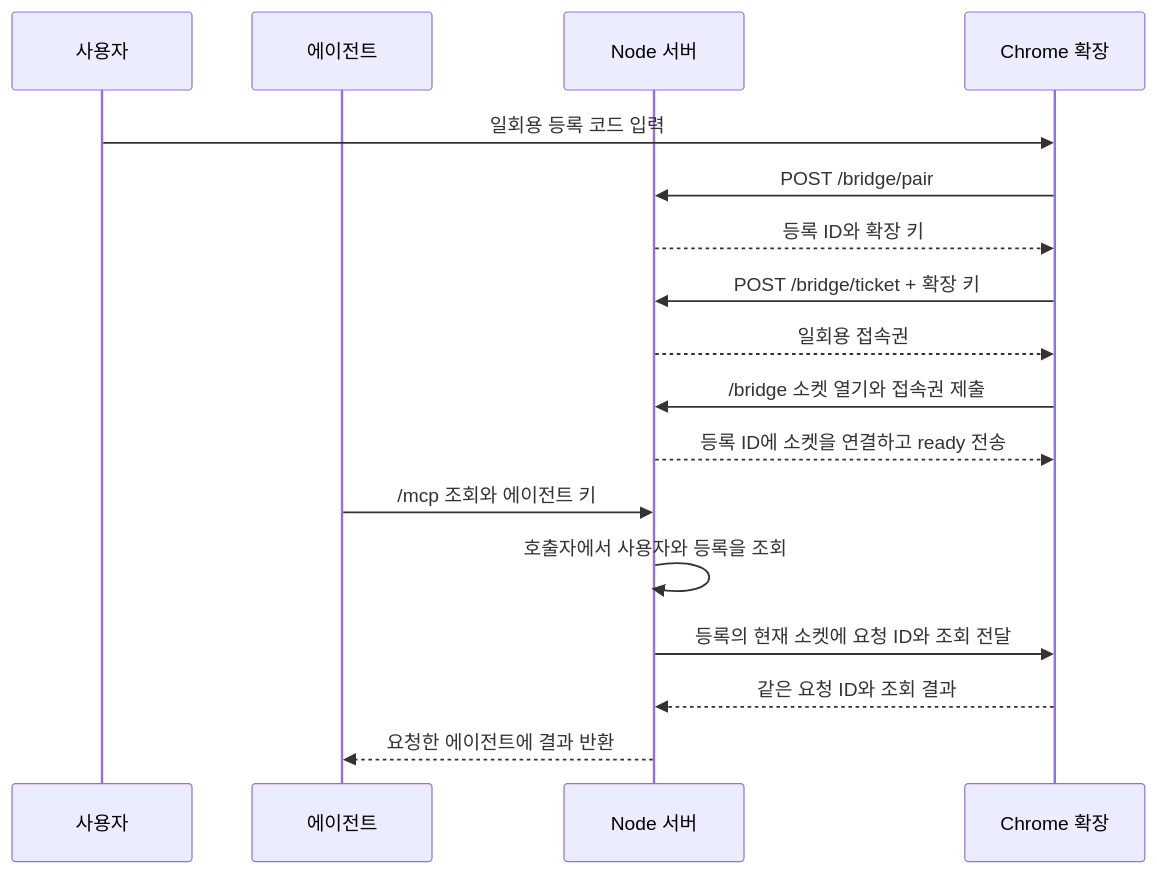
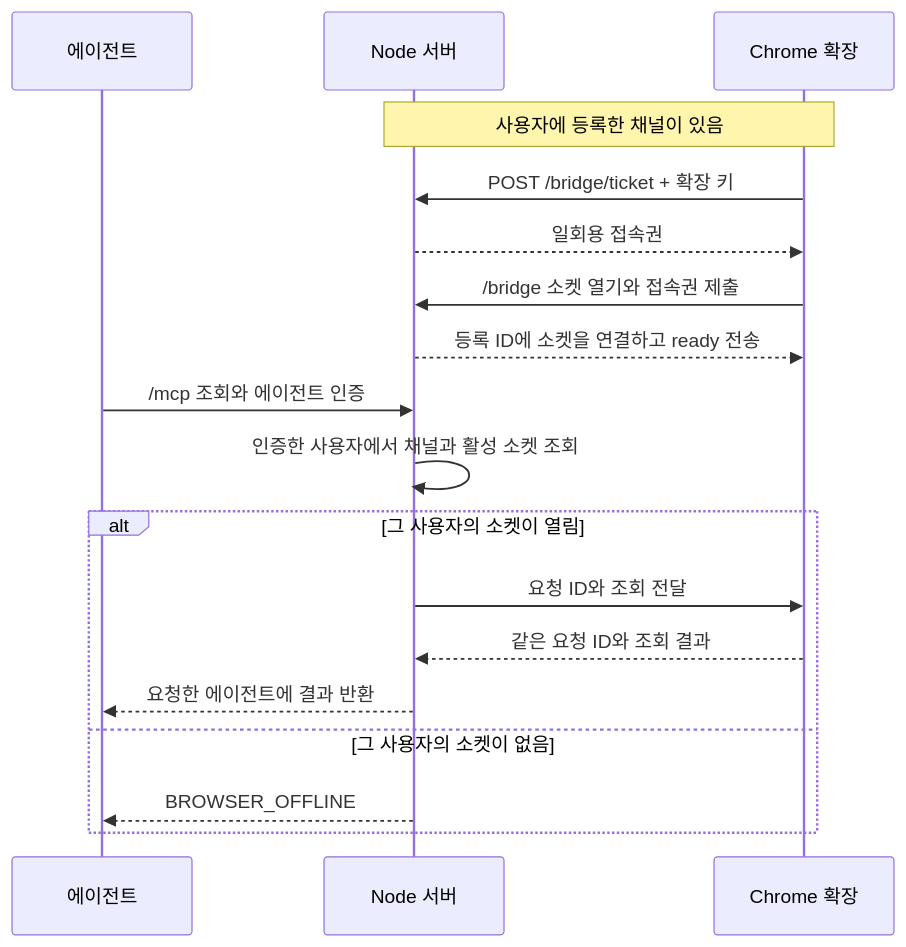
One commit to freevue/flex-mcp changed the diagram in docs/features/shared-connection-flow.md. Above: the diagram before and after it, drawn with Mermaid. The commit also changed other lines of this file and 129 other files, not shown here.

````diff
--- a/docs/features/shared-connection-flow.md
+++ b/docs/features/shared-connection-flow.md
@@ -7,19 +15,20 @@
 ```mermaid
 sequenceDiagram
-    participant Owner as 사용자
     participant Agent as 에이전트
     participant Server as Node 서버
     participant Extension as Chrome 확장
-    Owner->>Extension: 일회용 등록 코드 입력
-    Extension->>Server: POST /bridge/pair
-    Server-->>Extension: 등록 ID와 확장 키
+    Note over Server,Extension: 사용자에 등록한 채널이 있음
     Extension->>Server: POST /bridge/ticket + 확장 키
     Server-->>Extension: 일회용 접속권
     Extension->>Server: /bridge 소켓 열기와 접속권 제출
     Server-->>Extension: 등록 ID에 소켓을 연결하고 ready 전송
-    Agent->>Server: /mcp 조회와 에이전트 키
-    Server->>Server: 호출자에서 사용자와 등록을 조회
-    Server->>Extension: 등록의 현재 소켓에 요청 ID와 조회 전달
-    Extension-->>Server: 같은 요청 ID와 조회 결과
-    Server-->>Agent: 요청한 에이전트에 결과 반환
+    Agent->>Server: /mcp 조회와 에이전트 인증
+    Server->>Server: 인증한 사용자에서 채널과 활성 소켓 조회
+    alt 그 사용자의 소켓이 열림
+        Server->>Extension: 요청 ID와 조회 전달
+        Extension-->>Server: 같은 요청 ID와 조회 결과
+        Server-->>Agent: 요청한 에이전트에 결과 반환
+    else 그 사용자의 소켓이 없음
+        Server-->>Agent: BROWSER_OFFLINE
+    end
 ```
````
